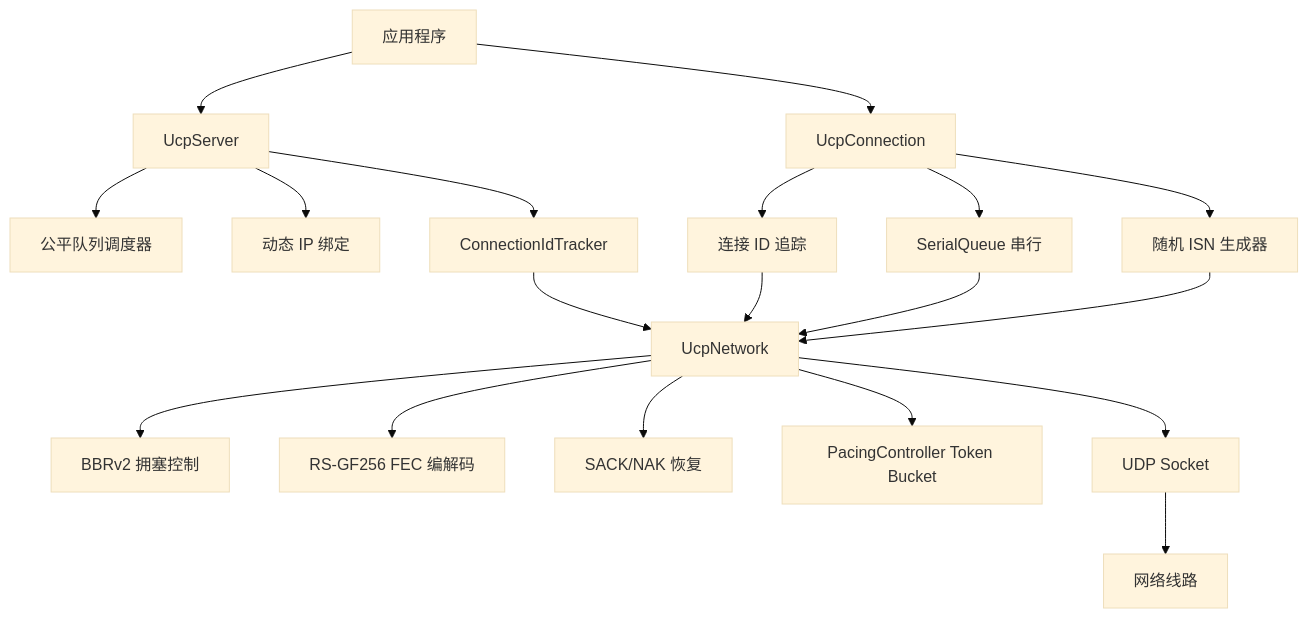
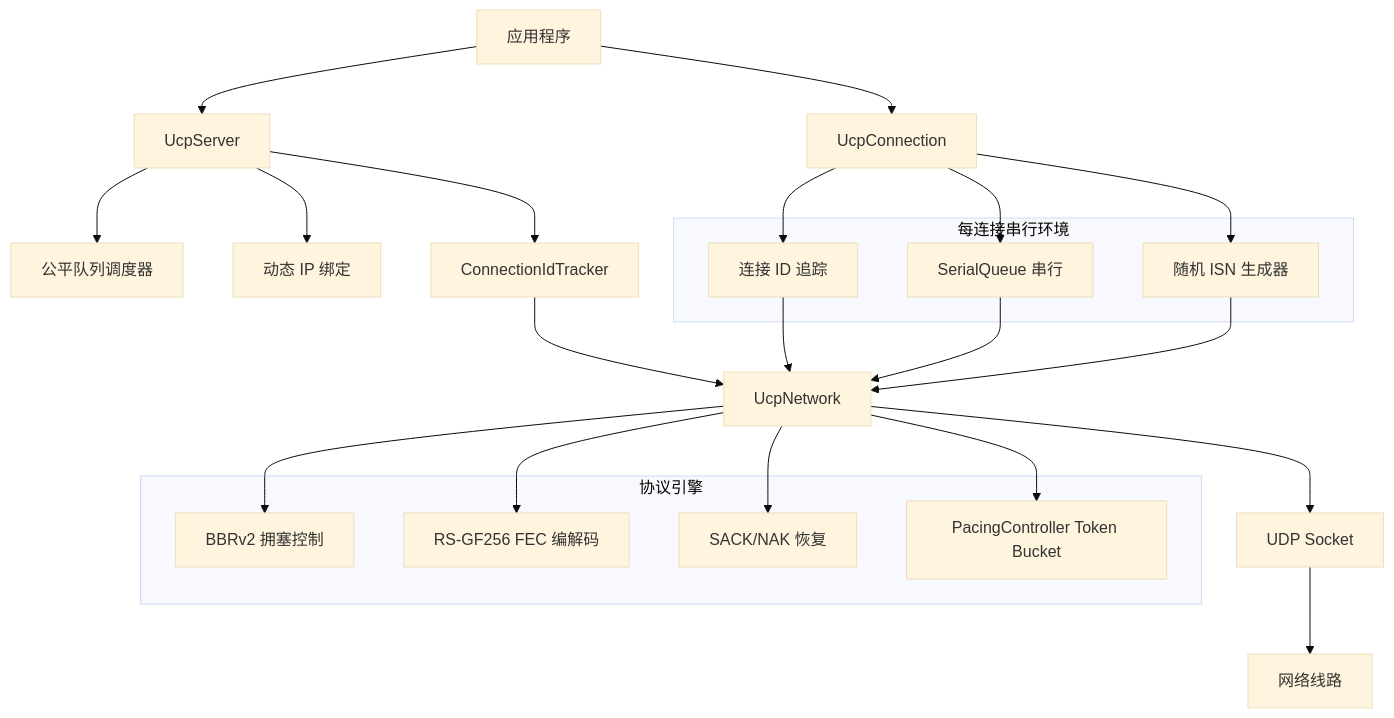
Before and after one commit to liulilittle/ucp: the second of 3 diagrams in docs/index_CN.md, drawn with Mermaid (base theme). The commit also changed other lines of this file and 17 other files, not shown here.

````diff
--- a/docs/index_CN.md
+++ b/docs/index_CN.md
@@ -112,21 +137,34 @@
 ```mermaid
 flowchart TD
     App[应用程序] --> Server[UcpServer]
     App --> Client[UcpConnection]
     Server --> FQ[公平队列调度器]
     Server --> Bind[动态 IP 绑定]
     Server --> ConnIdSvr[ConnectionIdTracker]
     Client --> ConnId[连接 ID 追踪]
     Client --> SerialQ[SerialQueue 串行]
     Client --> ISN[随机 ISN 生成器]
     ConnId --> Net[UcpNetwork]
     ConnIdSvr --> Net
     SerialQ --> Net
     ISN --> Net
     Net --> BBRv2[BBRv2 拥塞控制]
     Net --> FEC[RS-GF256 FEC 编解码]
     Net --> SACKNAK[SACK/NAK 恢复]
     Net --> Pacing[PacingController Token Bucket]
     Net --> Socket[UDP Socket]
     Socket --> Wire[网络线路]
+
+    subgraph "每连接串行环境"
+        SerialQ
+        ConnId
+        ISN
+    end
+
+    subgraph "协议引擎"
+        BBRv2
+        FEC
+        SACKNAK
+        Pacing
+    end
 ```
````
